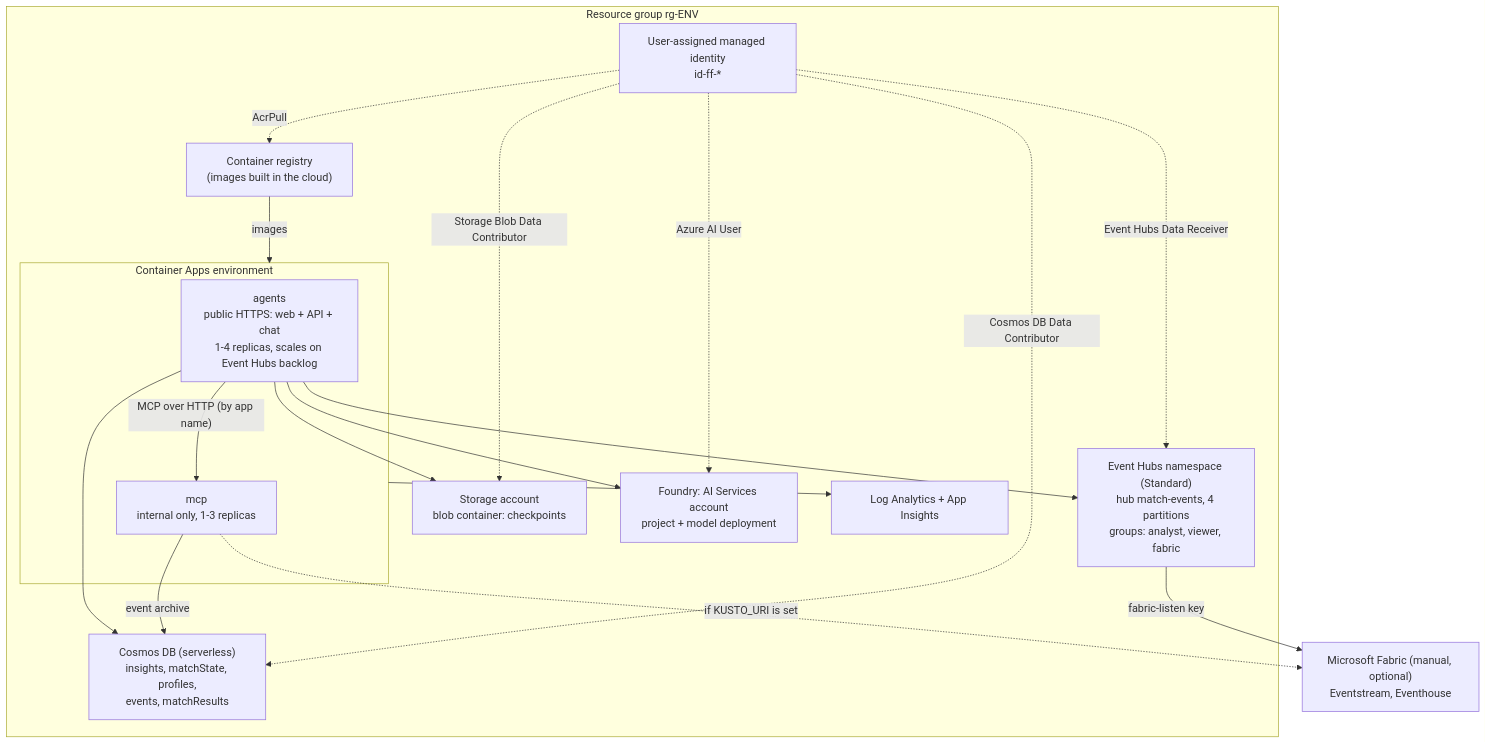
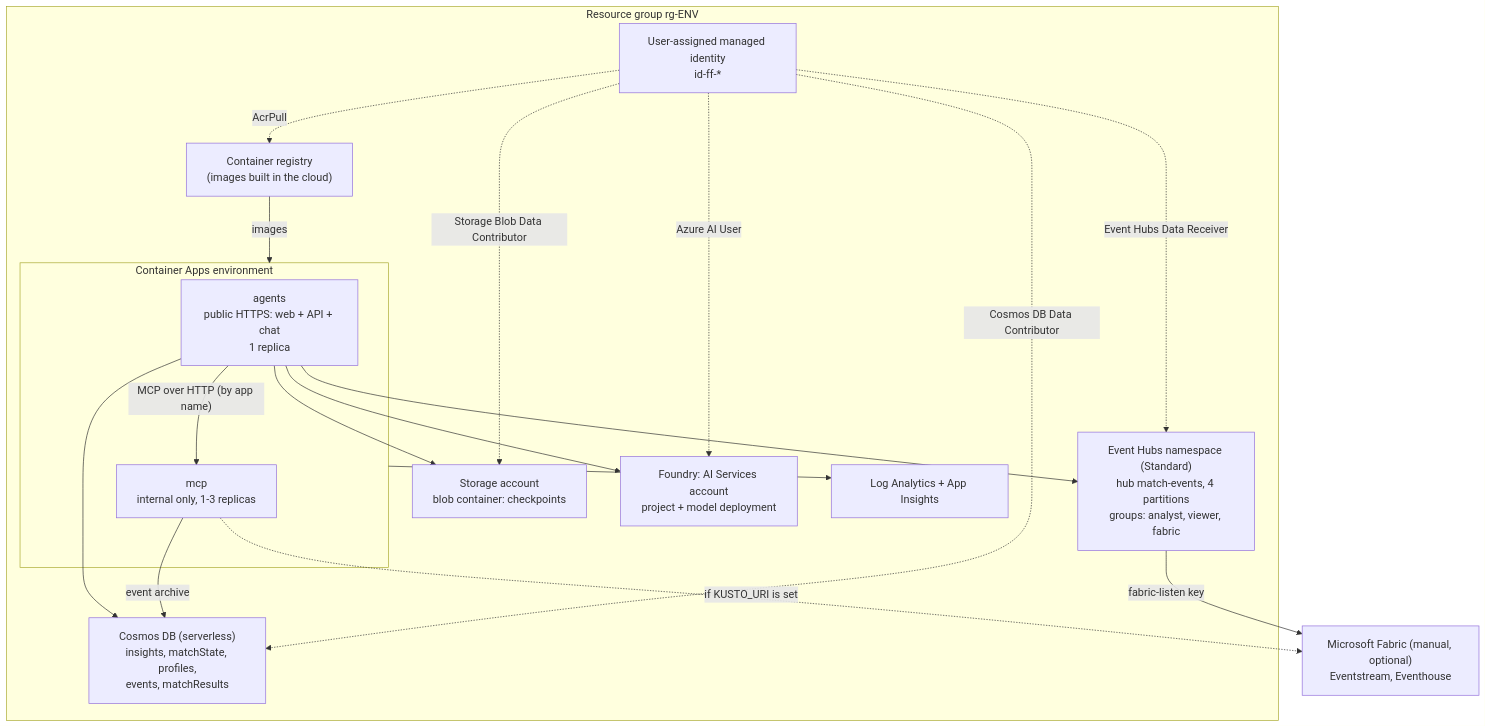
The sixth of 8 diagrams in DESIGN.md (nesteagle/msft-insidethegame), drawn with Mermaid before and after one commit. The commit also changed other lines of this file and 16 other files, not shown here.

````diff
--- a/DESIGN.md
+++ b/DESIGN.md
@@ -216,37 +216,37 @@
 ```mermaid
 flowchart TB
     subgraph rg["Resource group rg-ENV"]
         mi["User-assigned managed identity<br/>id-ff-*"]
 
         subgraph cae["Container Apps environment"]
-            agentsApp["agents<br/>public HTTPS: web + API + chat<br/>1-4 replicas, scales on Event Hubs backlog"]
+            agentsApp["agents<br/>public HTTPS: web + API + chat<br/>1 replica"]
             mcpApp["mcp<br/>internal only, 1-3 replicas"]
         end
 
         acr["Container registry<br/>(images built in the cloud)"]
         ehns["Event Hubs namespace (Standard)<br/>hub match-events, 4 partitions<br/>groups: analyst, viewer, fabric"]
         st["Storage account<br/>blob container: checkpoints"]
         cos["Cosmos DB (serverless)<br/>insights, matchState, profiles,<br/>events, matchResults"]
         ai["Foundry: AI Services account<br/>project + model deployment"]
         mon["Log Analytics + App Insights"]
     end
 
     fabric["Microsoft Fabric (manual, optional)<br/>Eventstream, Eventhouse"]
 
     agentsApp -->|"MCP over HTTP (by app name)"| mcpApp
     agentsApp --> ehns
     agentsApp --> st
     agentsApp --> cos
     agentsApp --> ai
     mcpApp -->|"event archive"| cos
     mcpApp -.->|"if KUSTO_URI is set"| fabric
     ehns -->|"fabric-listen key"| fabric
     acr -->|"images"| cae
     cae --> mon
 
     mi -. "Event Hubs Data Receiver" .-> ehns
     mi -. "Storage Blob Data Contributor" .-> st
     mi -. "Cosmos DB Data Contributor" .-> cos
     mi -. "Azure AI User" .-> ai
     mi -. "AcrPull" .-> acr
 ```
````
